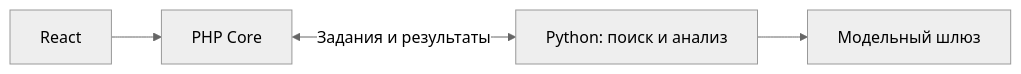
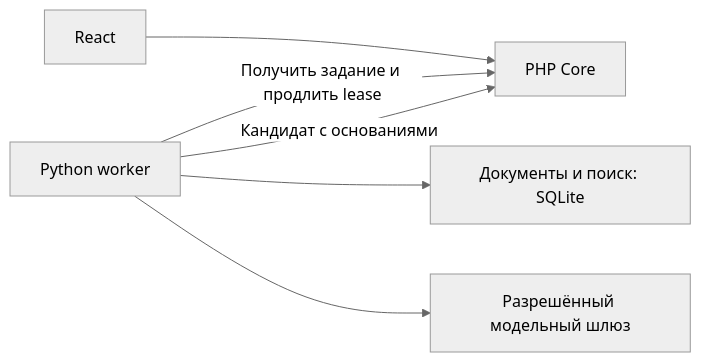
One commit to MrHolly0/alfa-business-context changed the diagram in docs/architecture.md. Above: the diagram before and after it, drawn with Mermaid (neutral theme). The commit also changed other lines of this file and 71 other files, not shown here.

Commit message:
feat: реализовать поиск и анализ бизнес-контекста

````diff
--- a/docs/architecture.md
+++ b/docs/architecture.md
@@ -11,6 +9,8 @@
 ```mermaid
 flowchart LR
     UI[React] --> PHP[PHP Core]
-    PHP <-->|Задания и результаты| AI[Python: поиск и анализ]
-    AI --> LLM[Модельный шлюз]
+    PY[Python worker] -->|Получить задание и продлить lease| PHP
+    PY -->|Кандидат с основаниями| PHP
+    PY --> CORPUS[Документы и поиск: SQLite]
+    PY --> LLM[Разрешённый модельный шлюз]
 ```
````
